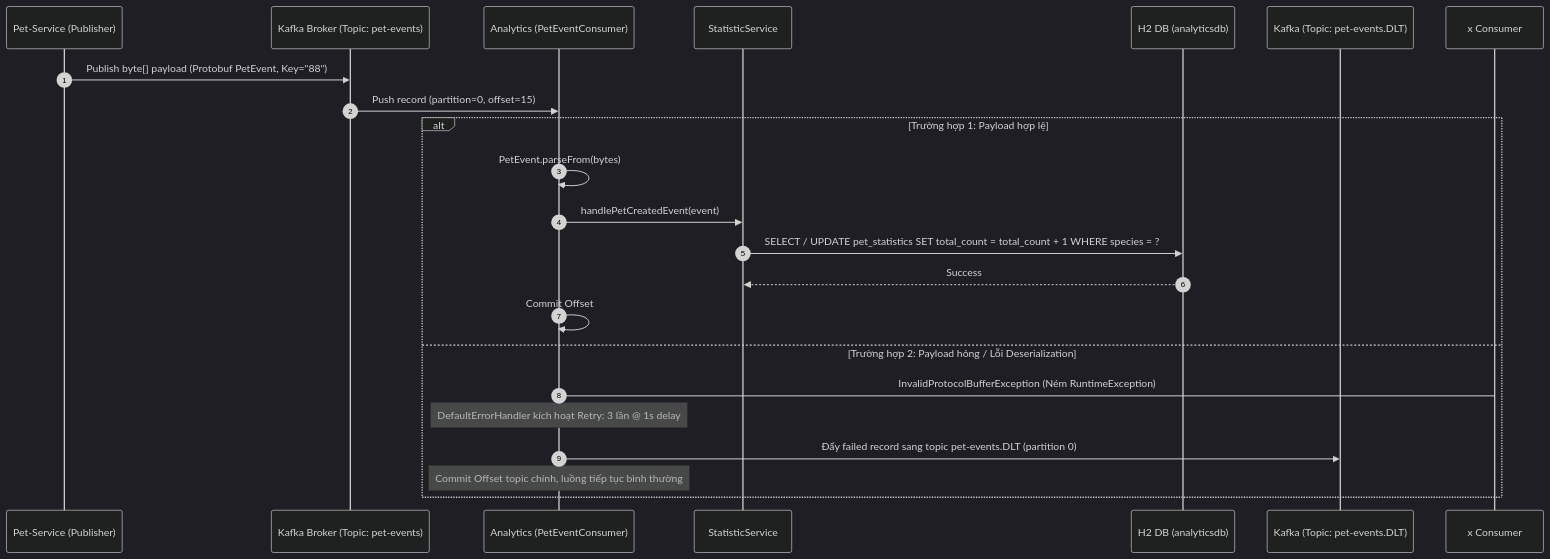
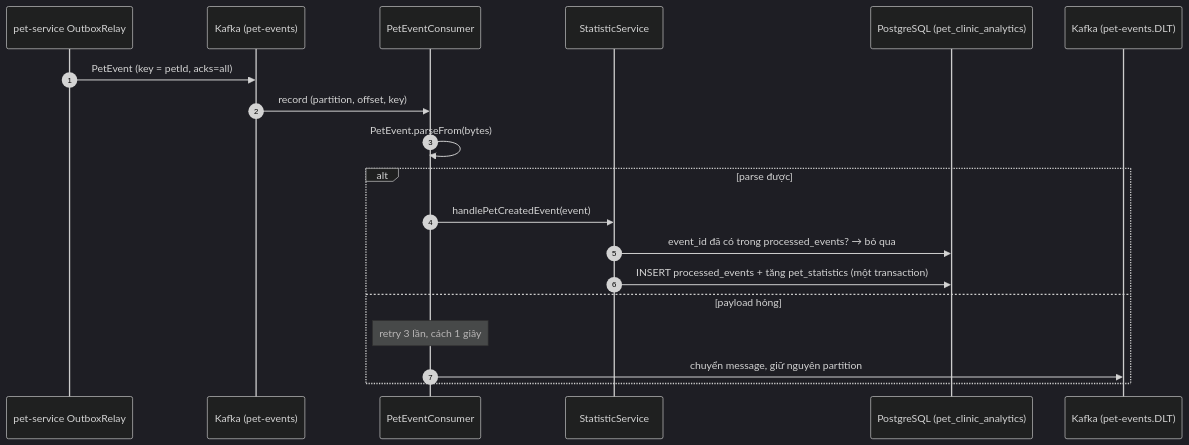
The diagram in analytics-service/README.md (Phongasfd/pet-clinic-management), drawn with Mermaid (dark theme) before and after one commit. The commit also changed other lines of this file and 12 other files, not shown here.

Commit message:
feat: add JWT validation and Flyway V4 migration for pet-service

````diff
--- a/analytics-service/README.md
+++ b/analytics-service/README.md
@@ -61,26 +41,22 @@
 ```mermaid
 sequenceDiagram
     autonumber
-    participant Publisher as Pet-Service (Publisher)
-    participant Kafka as Kafka Broker (Topic: pet-events)
-    participant Consumer as Analytics (PetEventConsumer)
-    participant Svc as StatisticService
-    participant H2 as H2 DB (analyticsdb)
-    participant DLT as Kafka (Topic: pet-events.DLT)
+    participant R as pet-service OutboxRelay
+    participant K as Kafka (pet-events)
+    participant C as PetEventConsumer
+    participant S as StatisticService
+    participant DB as PostgreSQL (pet_clinic_analytics)
+    participant D as Kafka (pet-events.DLT)
 
-    Publisher->>Kafka: Publish byte[] payload (Protobuf PetEvent, Key="88")
-    Kafka->>Consumer: Push record (partition=0, offset=15)
-
-    alt Trường hợp 1: Payload hợp lệ
-        Consumer->>Consumer: PetEvent.parseFrom(bytes)
-        Consumer->>Svc: handlePetCreatedEvent(event)
-        Svc->>H2: SELECT / UPDATE pet_statistics SET total_count = total_count + 1 WHERE species = ?
-        H2-->>Svc: Success
-        Consumer->>Consumer: Commit Offset
-    else Trường hợp 2: Payload hỏng / Lỗi Deserialization
-        Consumer->x Consumer: InvalidProtocolBufferException (Ném RuntimeException)
-        Note over Consumer: DefaultErrorHandler kích hoạt Retry: 3 lần @ 1s delay
-        Consumer->>DLT: Đẩy failed record sang topic pet-events.DLT (partition 0)
-        Note over Consumer: Commit Offset topic chính, luồng tiếp tục bình thường
+    R->>K: PetEvent (key = petId, acks=all)
+    K->>C: record (partition, offset, key)
+    C->>C: PetEvent.parseFrom(bytes)
+    alt parse được
+        C->>S: handlePetCreatedEvent(event)
+        S->>DB: event_id đã có trong processed_events? → bỏ qua
+        S->>DB: INSERT processed_events + tăng pet_statistics (một transaction)
+    else payload hỏng
+        Note over C: retry 3 lần, cách 1 giây
+        C->>D: chuyển message, giữ nguyên partition
     end
 ```
````
